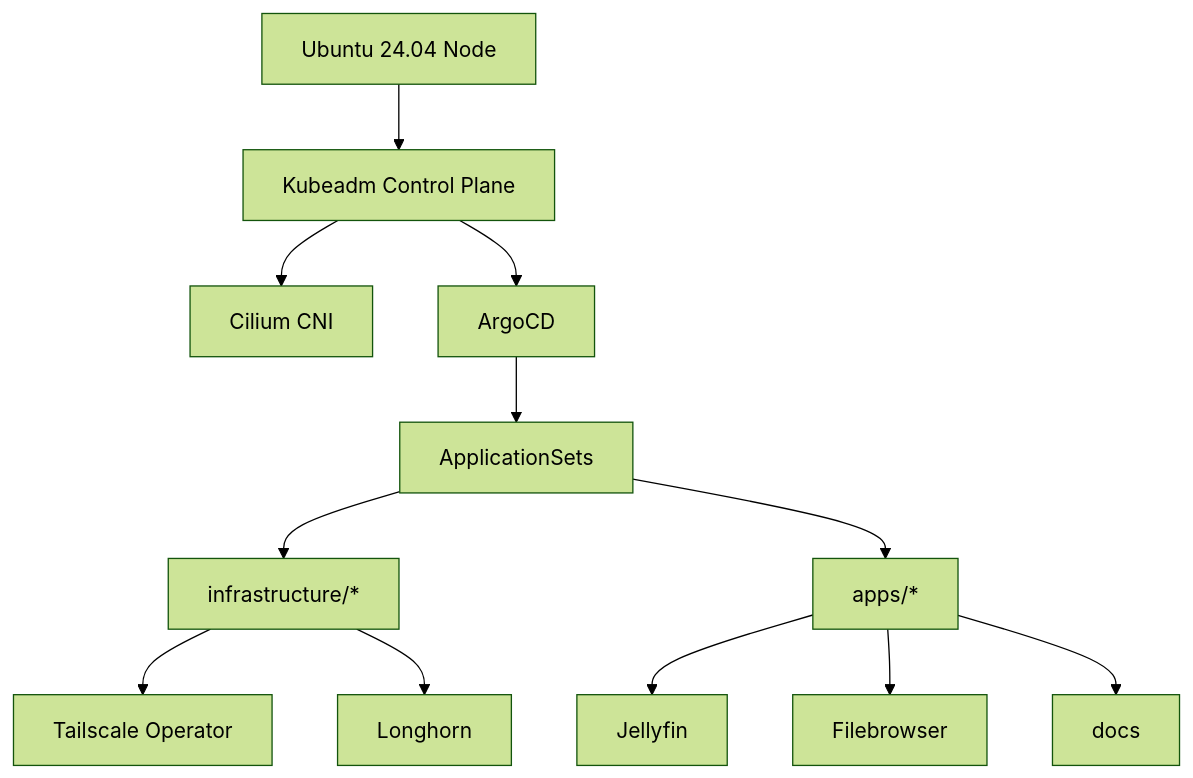
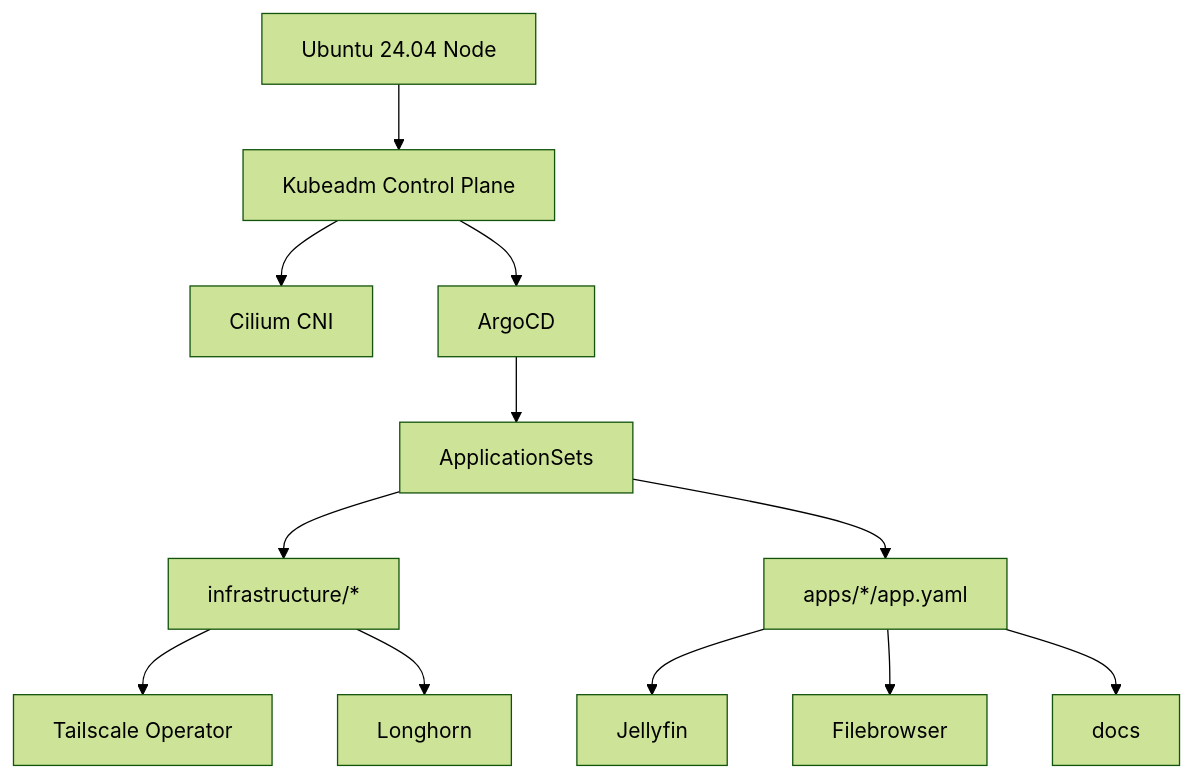
The first of 2 diagrams in docs/docs/intro.md (nsudhanva/homelab), drawn with Mermaid (forest theme) before and after one commit. The commit also changed 15 other files, not shown here.

Commit message:
fix: docs alignment and mermaid

````diff
--- a/docs/docs/intro.md
+++ b/docs/docs/intro.md
@@ -52,14 +52,14 @@
 ```mermaid
 graph TD
   Host[Ubuntu 24.04 Node] --> Kubeadm[Kubeadm Control Plane]
   Kubeadm --> Cilium[Cilium CNI]
   Kubeadm --> ArgoCD[ArgoCD]
   ArgoCD --> AppSets[ApplicationSets]
   AppSets --> Infra[infrastructure/*]
-  AppSets --> Apps[apps/*]
+  AppSets --> Apps[apps/*/app.yaml]
   Infra --> Tailscale[Tailscale Operator]
   Infra --> Longhorn[Longhorn]
   Apps --> Jellyfin[Jellyfin]
   Apps --> Filebrowser[Filebrowser]
   Apps --> Docs[docs]
 ```
````
